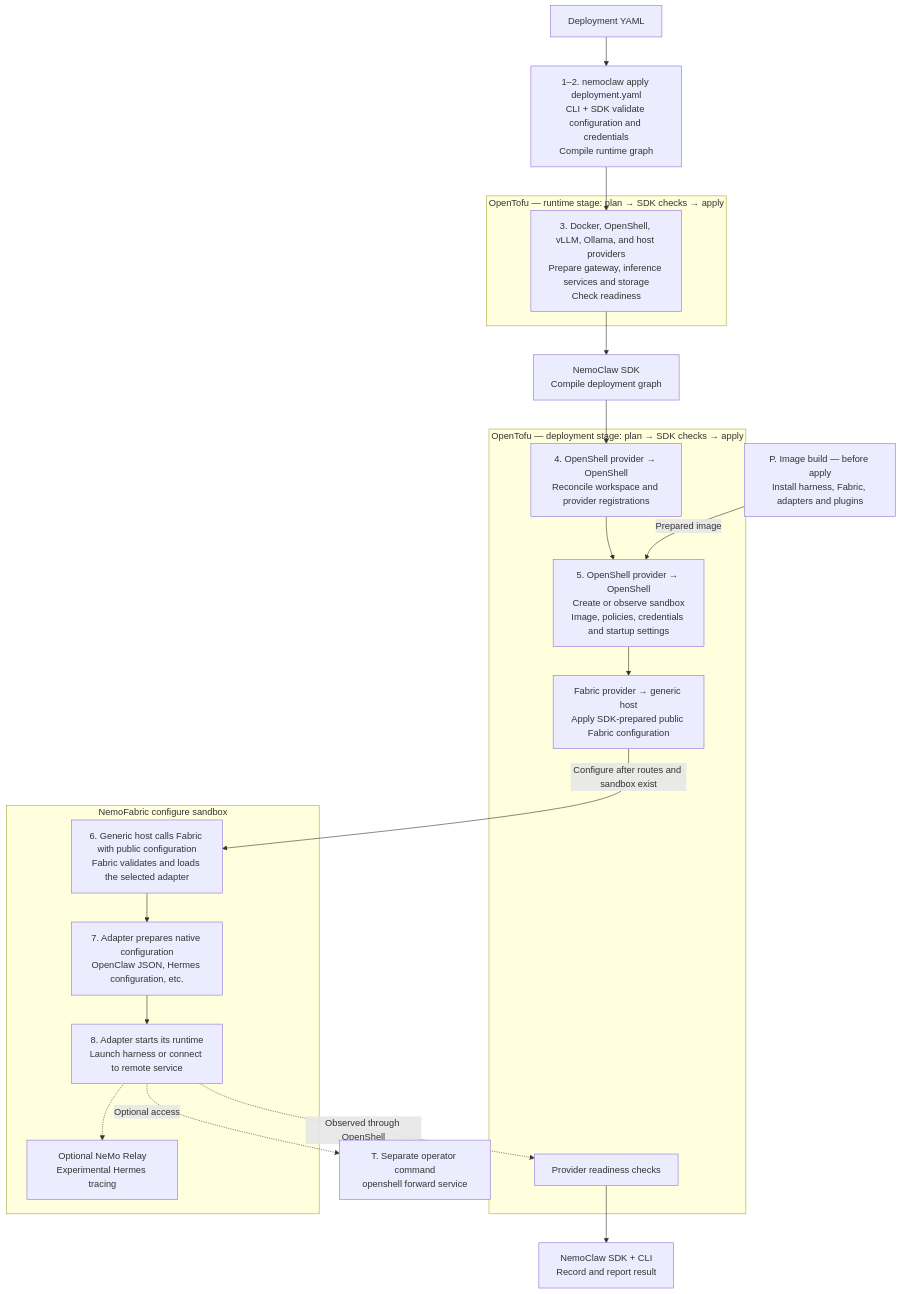
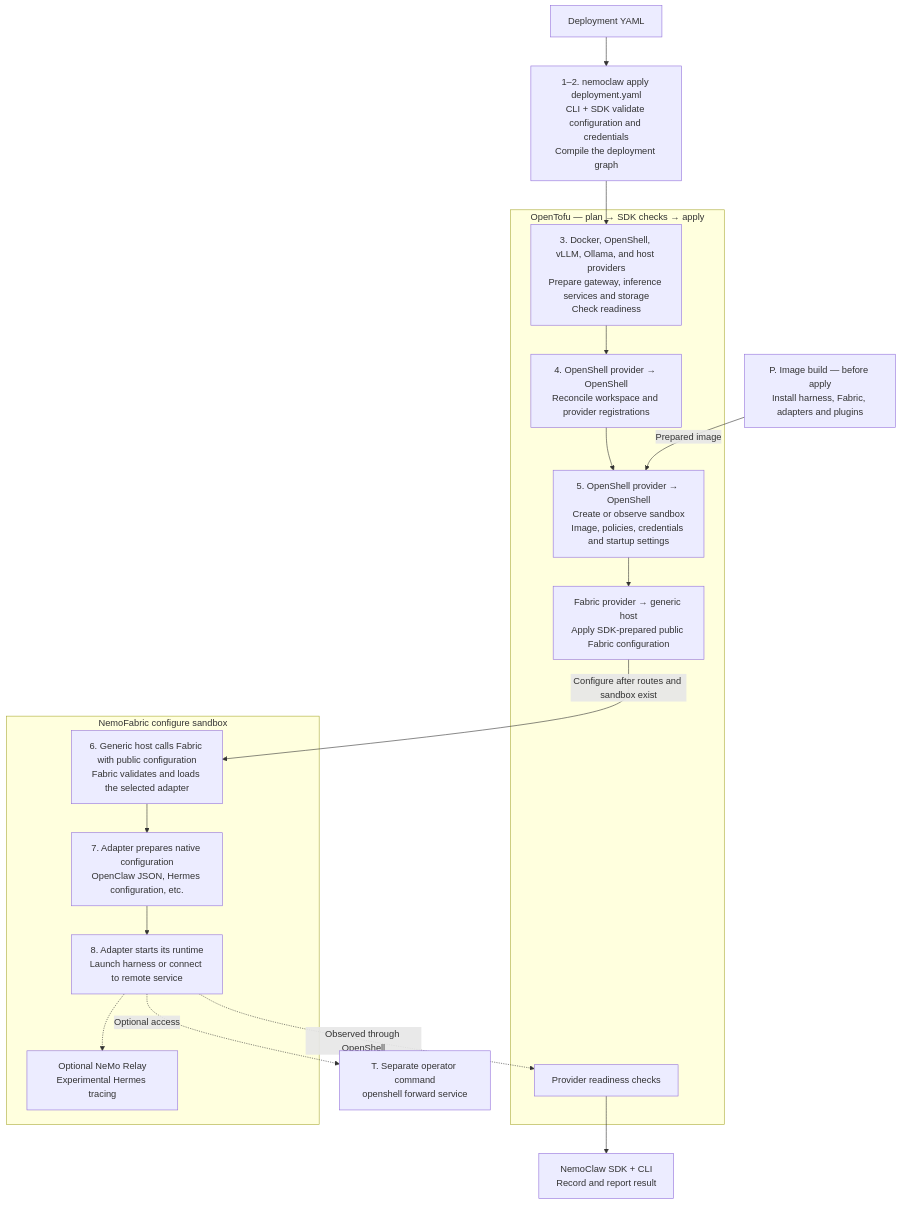
The diagram in docs/design/apply-flow.md (Adr1an04/NemoClaw), drawn with Mermaid before and after one commit. The commit also changed other lines of this file and 7 other files, not shown here.

First line of the commit message:
docs: describe each deployment as one OpenTofu root (#13287)

````diff
--- a/docs/design/apply-flow.md
+++ b/docs/design/apply-flow.md
@@ -24,42 +24,36 @@
 ```mermaid
 flowchart TB
-    YAML["Deployment YAML"] --> SDK["1–2. nemoclaw apply deployment.yaml<br/>CLI + SDK validate configuration and credentials<br/>Compile runtime graph"]
+    YAML["Deployment YAML"] --> SDK["1–2. nemoclaw apply deployment.yaml<br/>CLI + SDK validate configuration and credentials<br/>Compile the deployment graph"]
 
-    subgraph INFRA["OpenTofu — runtime stage: plan → SDK checks → apply"]
+    subgraph TOFU["OpenTofu — plan → SDK checks → apply"]
         RUNTIME["3. Docker, OpenShell, vLLM, Ollama, and host providers<br/>Prepare gateway, inference services and storage<br/>Check readiness"]
-    end
-
-    SDK --> RUNTIME
-    RUNTIME --> COMPILE["NemoClaw SDK<br/>Compile deployment graph"]
-
-    subgraph DEPLOY["OpenTofu — deployment stage: plan → SDK checks → apply"]
         PROVIDERS["4. OpenShell provider → OpenShell<br/>Reconcile workspace and provider registrations"]
         SANDBOX["5. OpenShell provider → OpenShell<br/>Create or observe sandbox<br/>Image, policies, credentials and startup settings"]
         CONFIG["Fabric provider → generic host<br/>Apply SDK-prepared public Fabric configuration"]
         CHECK["Provider readiness checks"]
 
-        PROVIDERS --> SANDBOX --> CONFIG
+        RUNTIME --> PROVIDERS --> SANDBOX --> CONFIG
     end
 
-    COMPILE --> PROVIDERS
+    SDK --> RUNTIME
 
     IMAGE["P. Image build — before apply<br/>Install harness, Fabric, adapters and plugins"]
     IMAGE -->|"Prepared image"| SANDBOX
 
     subgraph AGENT["NemoFabric configure sandbox"]
         FABRIC["6. Generic host calls Fabric with public configuration<br/>Fabric validates and loads the selected adapter"]
         ADAPTER["7. Adapter prepares native configuration<br/>OpenClaw JSON, Hermes configuration, etc."]
         HARNESS["8. Adapter starts its runtime<br/>Launch harness or connect to remote service"]
         RELAY["Optional NeMo Relay<br/>Experimental Hermes tracing"]
 
         FABRIC --> ADAPTER --> HARNESS
         HARNESS -.-> RELAY
     end
 
     CONFIG -->|"Configure after routes and sandbox exist"| FABRIC
     HARNESS -. "Observed through OpenShell" .-> CHECK
     CHECK --> RESULT["NemoClaw SDK + CLI<br/>Record and report result"]
 
     FORWARD["T. Separate operator command<br/>openshell forward service"]
     HARNESS -. "Optional access" .-> FORWARD
 ```
````
